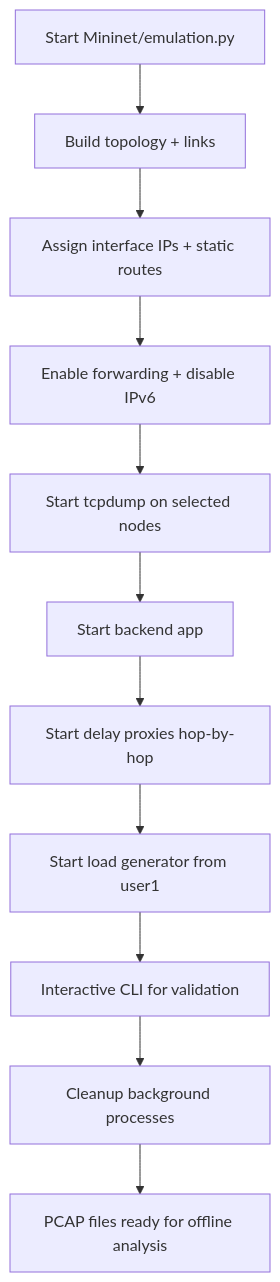
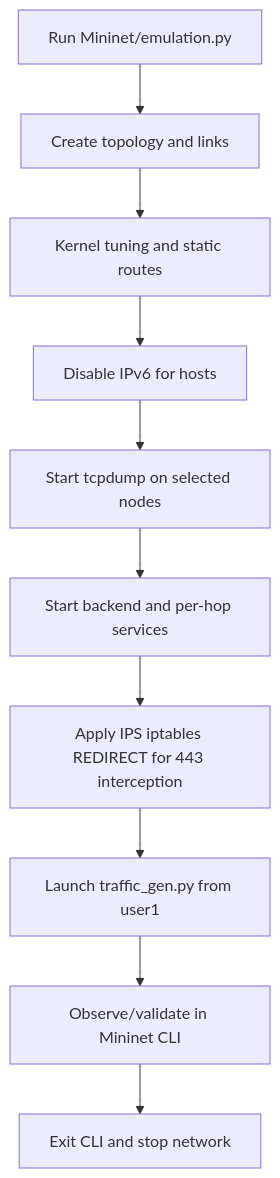
The third of 4 diagrams in docs/ARCHITECTURE.md (mayanksinghk/IRCTC-Simulator), drawn with Mermaid before and after one commit. The commit also changed other lines of this file and 3 other files, not shown here.

````diff
--- a/docs/ARCHITECTURE.md
+++ b/docs/ARCHITECTURE.md
@@ -68,13 +87,12 @@
 ```mermaid
 flowchart TD
-  A[Start Mininet/emulation.py] --> B[Build topology + links]
-  B --> C[Assign interface IPs + static routes]
-  C --> D[Enable forwarding + disable IPv6]
+  A[Run Mininet/emulation.py] --> B[Create topology and links]
+  B --> C[Kernel tuning and static routes]
+  C --> D[Disable IPv6 for hosts]
   D --> E[Start tcpdump on selected nodes]
-  E --> F[Start backend app]
-  F --> G[Start delay proxies hop-by-hop]
-  G --> H[Start load generator from user1]
-  H --> I[Interactive CLI for validation]
-  I --> J[Cleanup background processes]
-  J --> K[PCAP files ready for offline analysis]
+  E --> F[Start backend and per-hop services]
+  F --> G[Apply IPS iptables REDIRECT for 443 interception]
+  G --> H[Launch traffic_gen.py from user1]
+  H --> I[Observe/validate in Mininet CLI]
+  I --> J[Exit CLI and stop network]
 ```
````
